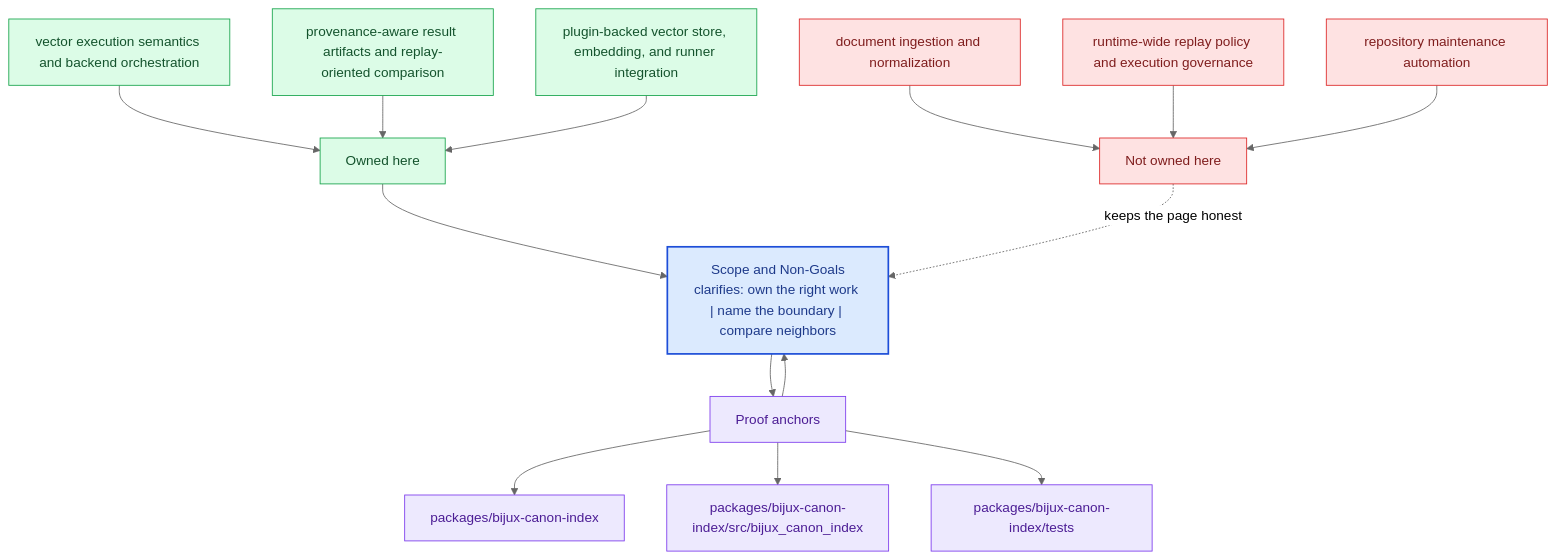
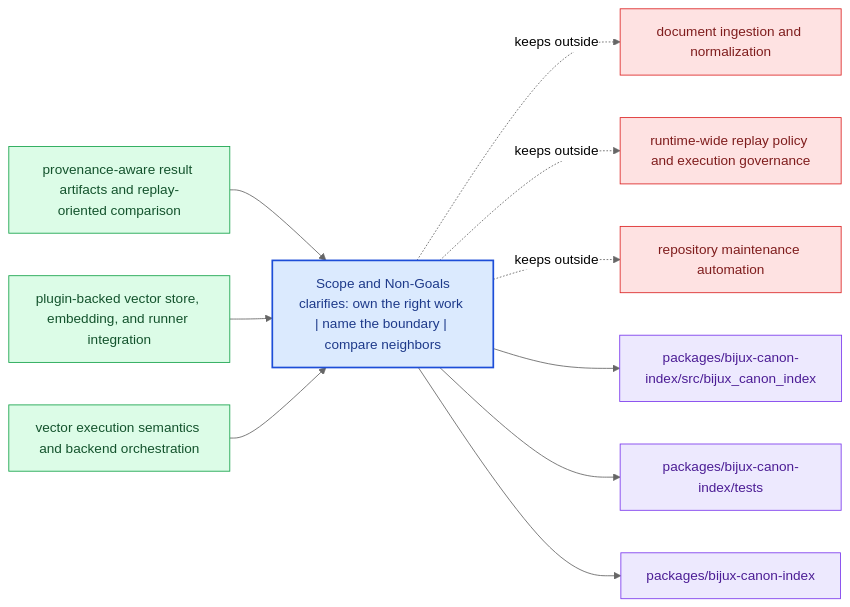
The diagram in docs/bijux-canon-index/foundation/scope-and-non-goals.md (bijux/bijux-canon), drawn with Mermaid (neutral theme) before and after one commit. The commit also changed other lines of this file and 281 other files, not shown here.

Commit message:
docs(diagrams): replace repeated mermaid scaffolds with page-specific summaries

````diff
--- a/docs/bijux-canon-index/foundation/scope-and-non-goals.md
+++ b/docs/bijux-canon-index/foundation/scope-and-non-goals.md
@@ -69,40 +24,31 @@
 ```mermaid
-flowchart TB
-    promise["Scope and Non-Goals<br/>clarifies: own the right work | name the boundary | compare neighbors"]
-    classDef promise fill:#dbeafe,stroke:#1d4ed8,color:#1e3a8a,stroke-width:2px;
-    classDef driver fill:#dcfce7,stroke:#16a34a,color:#14532d;
-    classDef constraint fill:#fee2e2,stroke:#dc2626,color:#7f1d1d;
-    classDef ground fill:#ede9fe,stroke:#7c3aed,color:#4c1d95;
-    focus1["Owned here"]
-    focus1 --> promise
-    focus1_1["vector execution semantics and backend orchestration"]
-    focus1_1 --> focus1
-    focus1_2["provenance-aware result artifacts and replay-oriented comparison"]
-    focus1_2 --> focus1
-    focus1_3["plugin-backed vector store, embedding, and runner integration"]
-    focus1_3 --> focus1
-    class focus1 driver;
-    class focus1_1,focus1_2,focus1_3 driver;
-    focus2["Not owned here"]
-    focus2 -.keeps the page honest.-> promise
-    focus2_1["document ingestion and normalization"]
-    focus2_1 --> focus2
-    focus2_2["runtime-wide replay policy and execution governance"]
-    focus2_2 --> focus2
-    focus2_3["repository maintenance automation"]
-    focus2_3 --> focus2
-    class focus2 constraint;
-    class focus2_1,focus2_2,focus2_3 constraint;
-    focus3["Proof anchors"]
-    focus3 --> promise
-    promise --> focus3
-    focus3_1["packages/bijux-canon-index"]
-    focus3 --> focus3_1
-    focus3_2["packages/bijux-canon-index/src/bijux_canon_index"]
-    focus3 --> focus3_2
-    focus3_3["packages/bijux-canon-index/tests"]
-    focus3 --> focus3_3
-    class focus3 ground;
-    class focus3_1,focus3_2,focus3_3 ground;
-    class promise promise;
+flowchart LR
+    page["Scope and Non-Goals<br/>clarifies: own the right work | name the boundary | compare neighbors"]
+    classDef page fill:#dbeafe,stroke:#1d4ed8,color:#1e3a8a,stroke-width:2px;
+    classDef positive fill:#dcfce7,stroke:#16a34a,color:#14532d;
+    classDef caution fill:#fee2e2,stroke:#dc2626,color:#7f1d1d;
+    classDef anchor fill:#ede9fe,stroke:#7c3aed,color:#4c1d95;
+    classDef action fill:#fef3c7,stroke:#d97706,color:#7c2d12;
+    own1["provenance-aware result artifacts and replay-oriented comparison"]
+    own1 --> page
+    own2["plugin-backed vector store, embedding, and runner integration"]
+    own2 --> page
+    own3["vector execution semantics and backend orchestration"]
+    own3 --> page
+    limit1["document ingestion and normalization"]
+    page -.keeps outside.-> limit1
+    limit2["runtime-wide replay policy and execution governance"]
+    page -.keeps outside.-> limit2
+    limit3["repository maintenance automation"]
+    page -.keeps outside.-> limit3
+    anchor1["packages/bijux-canon-index/src/bijux_canon_index"]
+    page --> anchor1
+    anchor2["packages/bijux-canon-index/tests"]
+    page --> anchor2
+    anchor3["packages/bijux-canon-index"]
+    page --> anchor3
+    class page page;
+    class own1,own2,own3 positive;
+    class limit1,limit2,limit3 caution;
+    class anchor1,anchor2,anchor3 anchor;
 ```
````
